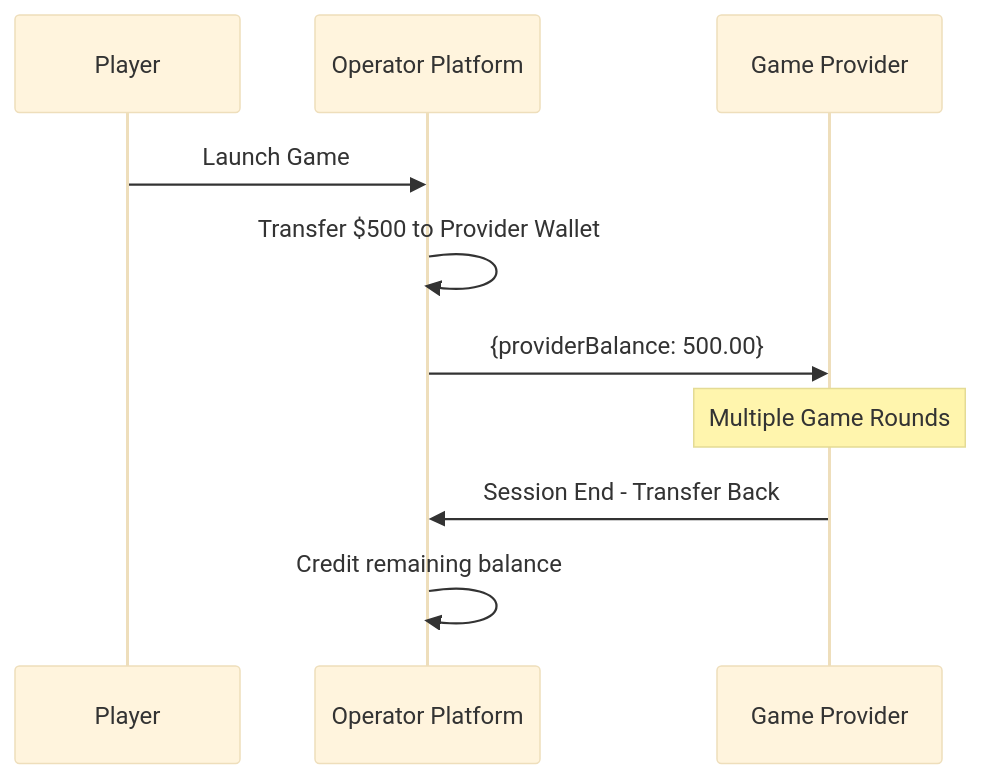
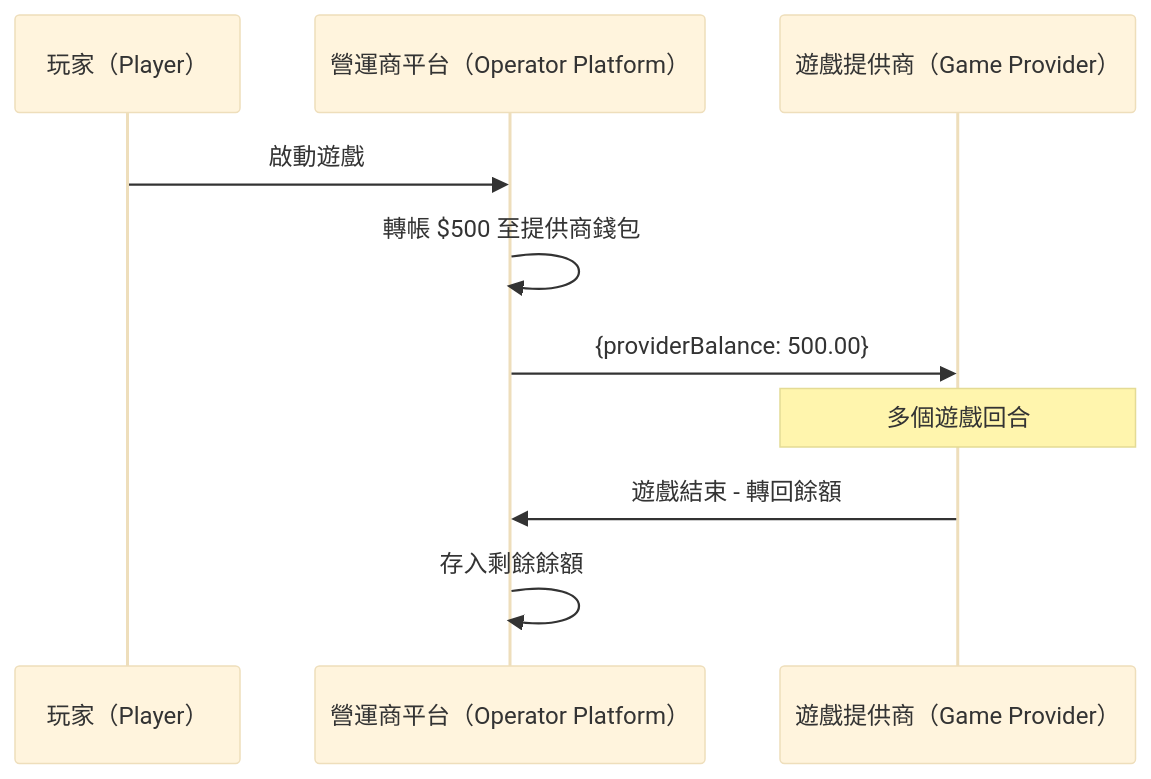
The fifth of 12 diagrams in docs/iGaming/architecture/00_Overview/Platform_Architecture.md (ron03wlb/smart-admin), drawn with Mermaid (base theme) before and after one commit. The commit also changed other lines of this file, not shown here.

First line of the commit message:
docs(iGaming): translate Platform_Architecture.md to Traditional Chinese

````diff
--- a/docs/iGaming/architecture/00_Overview/Platform_Architecture.md
+++ b/docs/iGaming/architecture/00_Overview/Platform_Architecture.md
@@ -280,13 +280,13 @@
 ```mermaid
 sequenceDiagram
-    participant P as Player
-    participant OP as Operator Platform
-    participant GP as Game Provider
+    participant P as 玩家（Player）
+    participant OP as 營運商平台（Operator Platform）
+    participant GP as 遊戲提供商（Game Provider）
 
-    P->>OP: Launch Game
-    OP->>OP: Transfer $500 to Provider Wallet
+    P->>OP: 啟動遊戲
+    OP->>OP: 轉帳 $500 至提供商錢包
     OP->>GP: {providerBalance: 500.00}
-    Note over GP: Multiple Game Rounds
-    GP->>OP: Session End - Transfer Back
-    OP->>OP: Credit remaining balance
+    Note over GP: 多個遊戲回合
+    GP->>OP: 遊戲結束 - 轉回餘額
+    OP->>OP: 存入剩餘餘額
 ```
````
